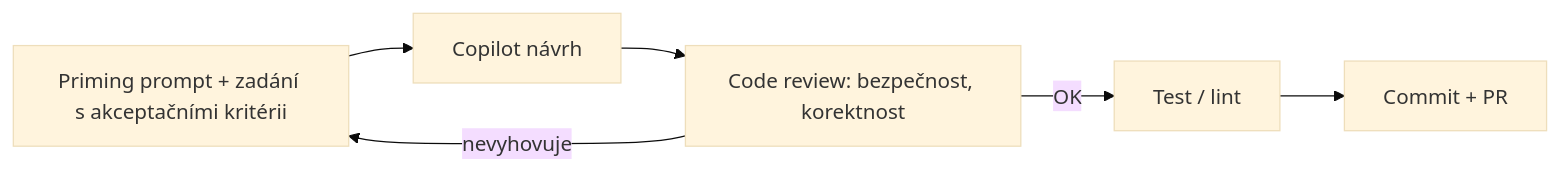
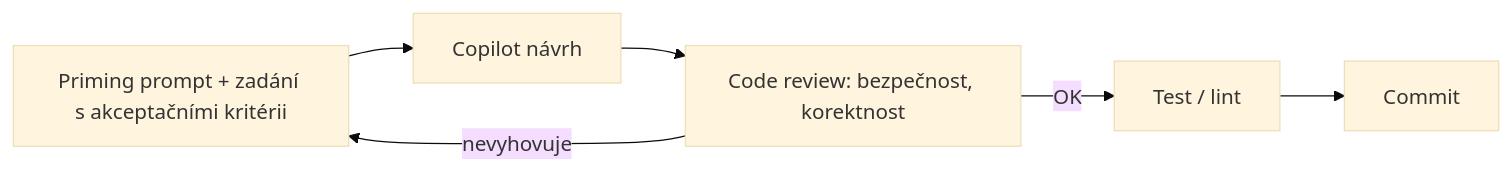
One commit to MalasekPetr/gopas-goc223 changed the diagram in day-1/vscode-copilot-env/README.md. Above: the diagram before and after it, drawn with Mermaid (base theme). The commit also changed other lines of this file and 58 other files, not shown here.

````diff
--- a/day-1/vscode-copilot-env/README.md
+++ b/day-1/vscode-copilot-env/README.md
@@ -42,8 +60,8 @@
 ```mermaid
 flowchart LR
   A[Priming prompt + zadání s akceptačními kritérii] --> B[Copilot návrh]
   B --> C[Code review: bezpečnost, korektnost]
   C -->|OK| D[Test / lint]
   C -->|nevyhovuje| A
-  D --> E[Commit + PR]
+  D --> E[Commit]
 ```
````
